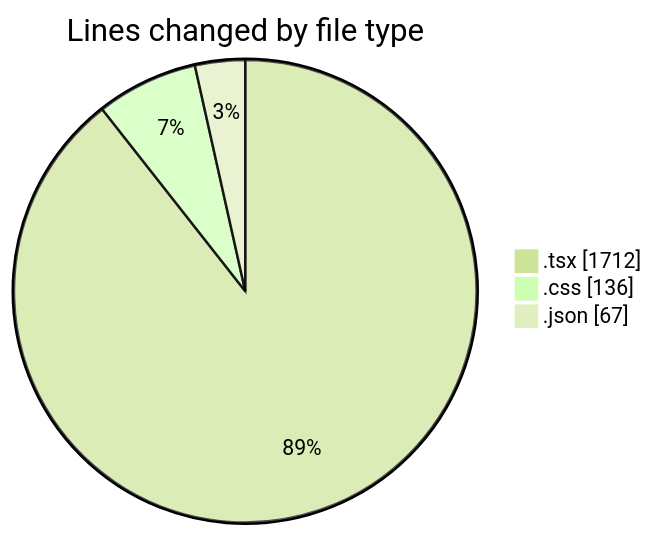
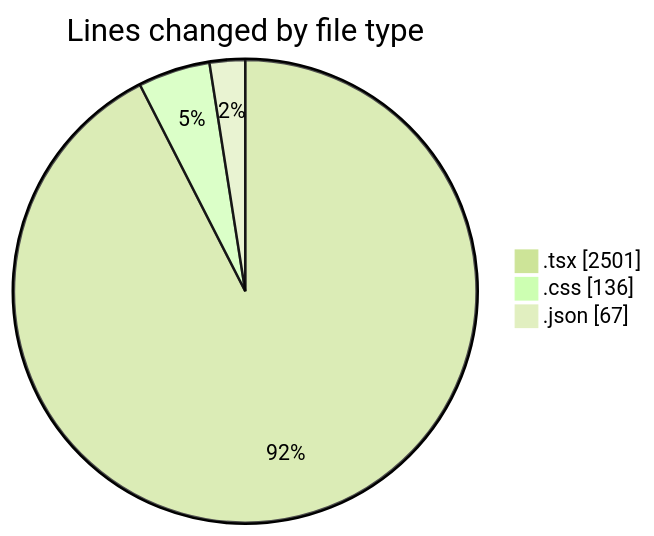
One commit to robertbonfada/code-tracking changed the first of 2 diagrams in 2025-01-08/mbc-web/README.md. Above: the diagram before and after it, drawn with Mermaid (forest theme). The commit also changed other lines of this file and 1 other file, not shown here.

````diff
--- a/2025-01-08/mbc-web/README.md
+++ b/2025-01-08/mbc-web/README.md
@@ -34,7 +34,7 @@
 ```mermaid
 pie showData
 title Lines changed by file type
-".tsx" : 1712
+".tsx" : 2501
 ".css" : 136
 ".json" : 67
 ```
````
